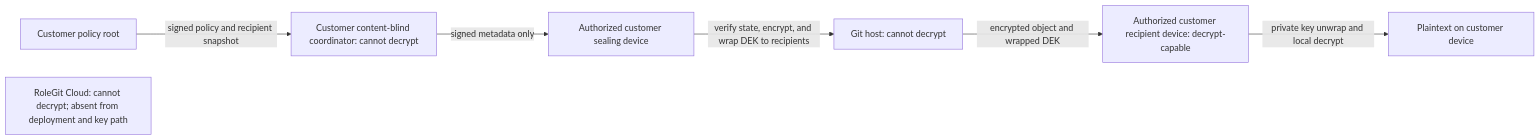
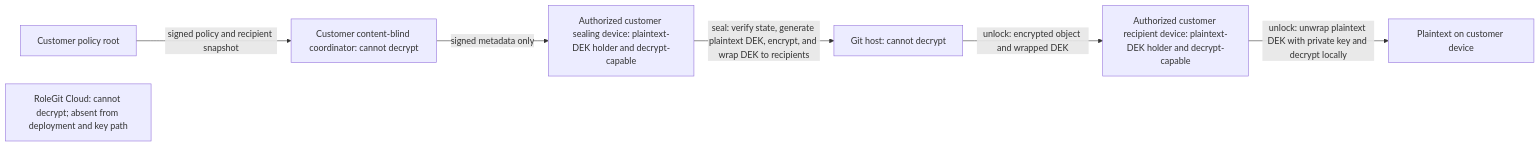
The fourth of 6 diagrams in docs/adr/0001-product-modes-and-trust-boundaries.md (cosentinode/rolegit), drawn with Mermaid before and after one commit. The commit also changed other lines of this file and 3 other files, not shown here.

Commit message:
docs: clarify enterprise key flows

````diff
--- a/docs/adr/0001-product-modes-and-trust-boundaries.md
+++ b/docs/adr/0001-product-modes-and-trust-boundaries.md
@@ -180,9 +187,9 @@
 ```mermaid
 flowchart LR
     R[Customer policy root] -->|signed policy and recipient snapshot| C[Customer content-blind coordinator: cannot decrypt]
-    C -->|signed metadata only| S[Authorized customer sealing device]
-    S -->|verify state, encrypt, and wrap DEK to recipients| G[Git host: cannot decrypt]
-    G -->|encrypted object and wrapped DEK| D[Authorized customer recipient device: decrypt-capable]
-    D -->|private key unwrap and local decrypt| P[Plaintext on customer device]
+    C -->|signed metadata only| S[Authorized customer sealing device: plaintext-DEK holder and decrypt-capable]
+    S -->|seal: verify state, generate plaintext DEK, encrypt, and wrap DEK to recipients| G[Git host: cannot decrypt]
+    G -->|unlock: encrypted object and wrapped DEK| D[Authorized customer recipient device: plaintext-DEK holder and decrypt-capable]
+    D -->|unlock: unwrap plaintext DEK with private key and decrypt locally| P[Plaintext on customer device]
     L[RoleGit Cloud: cannot decrypt; absent from deployment and key path]
 ```
````
